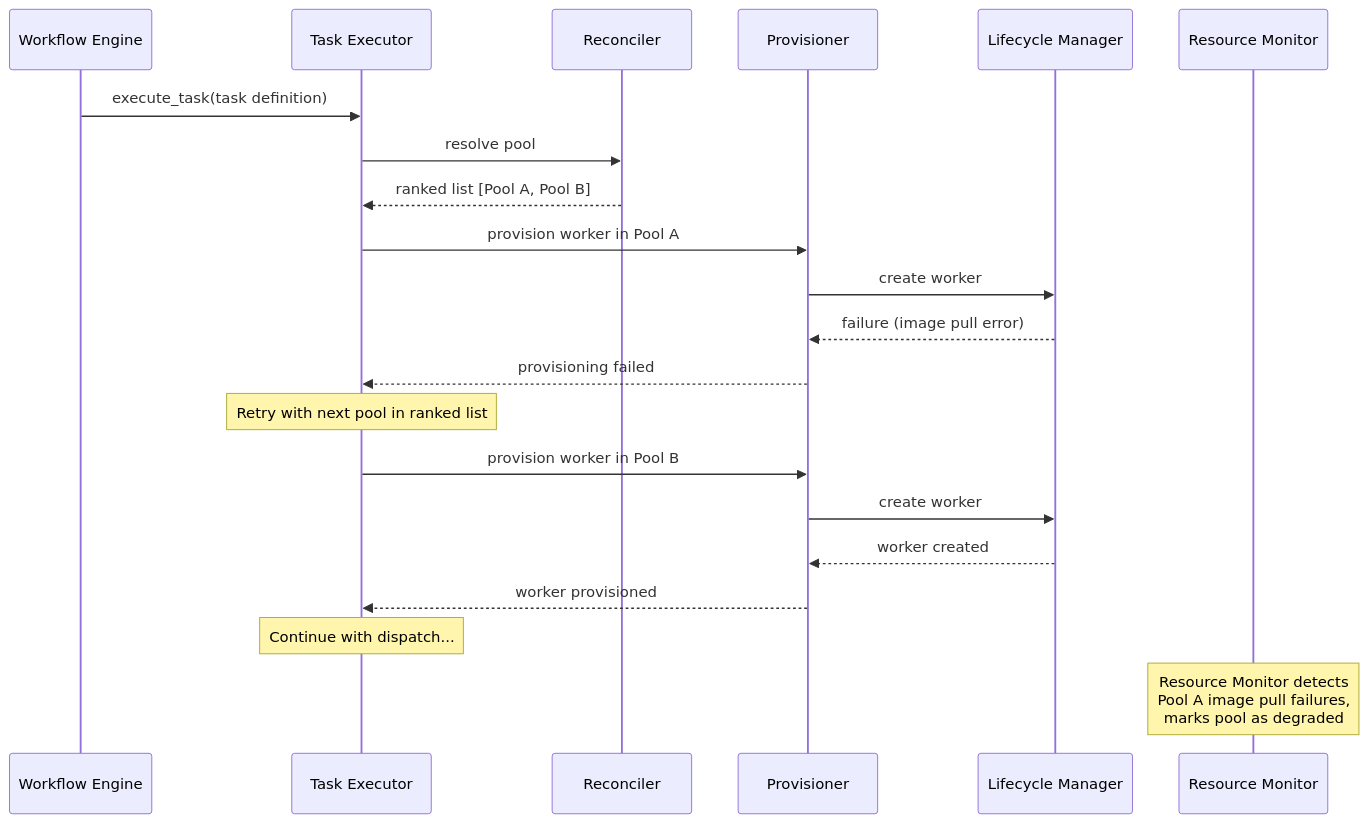
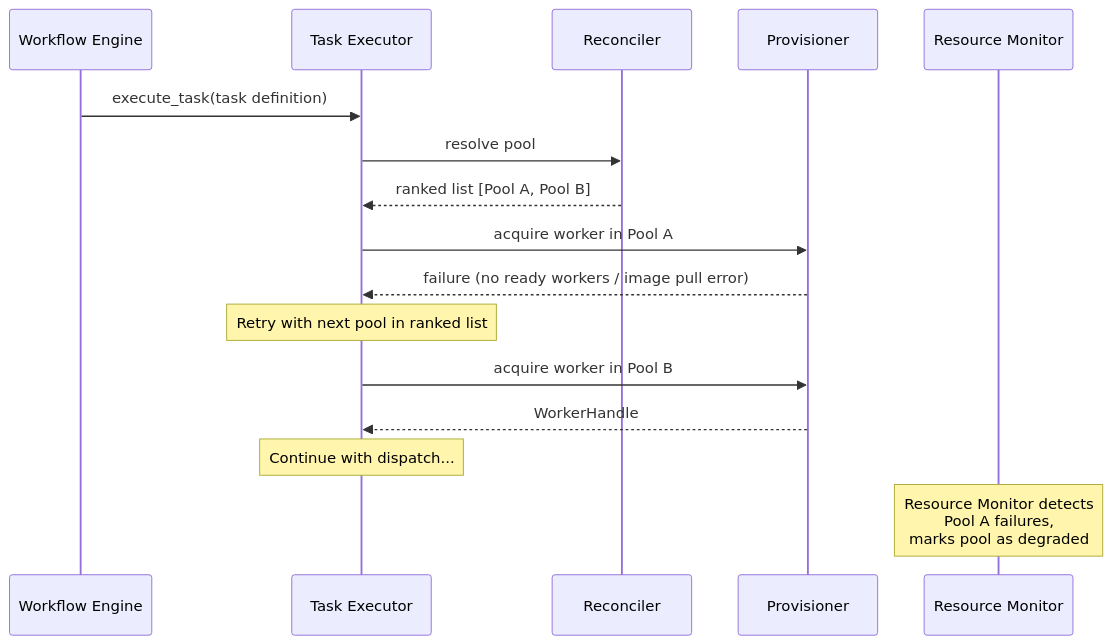
Before and after one commit to manstis/syntara: the tenth of 14 diagrams in backend/docs/execution-plane.md, drawn with Mermaid. The commit also changed other lines of this file and 1 other file, not shown here.

Commit message:
chore: Remove Lifecycle Manager.

````diff
--- a/backend/docs/execution-plane.md
+++ b/backend/docs/execution-plane.md
@@ -589,30 +571,25 @@
 ```mermaid
 sequenceDiagram
     participant WE as Workflow Engine
     participant TE as Task Executor
     participant R as Reconciler
     participant P as Provisioner
-    participant LM as Lifecycle Manager
     participant RM as Resource Monitor
 
     WE->>TE: execute_task(task definition)
 
     TE->>R: resolve pool
     R-->>TE: ranked list [Pool A, Pool B]
 
-    TE->>P: provision worker in Pool A
-    P->>LM: create worker
-    LM-->>P: failure (image pull error)
-    P-->>TE: provisioning failed
+    TE->>P: acquire worker in Pool A
+    P-->>TE: failure (no ready workers / image pull error)
 
     Note over TE: Retry with next pool in ranked list
 
-    TE->>P: provision worker in Pool B
-    P->>LM: create worker
-    LM-->>P: worker created
-    P-->>TE: worker provisioned
+    TE->>P: acquire worker in Pool B
+    P-->>TE: WorkerHandle
 
     Note over TE: Continue with dispatch...
 
-    Note over RM: Resource Monitor detects<br/>Pool A image pull failures,<br/>marks pool as degraded
+    Note over RM: Resource Monitor detects<br/>Pool A failures,<br/>marks pool as degraded
 ```
````
